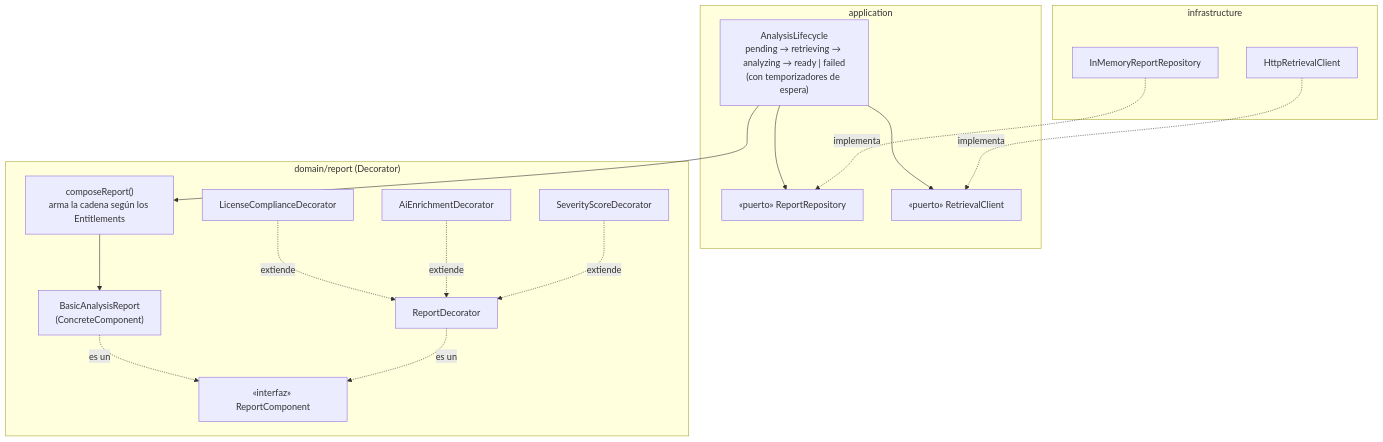
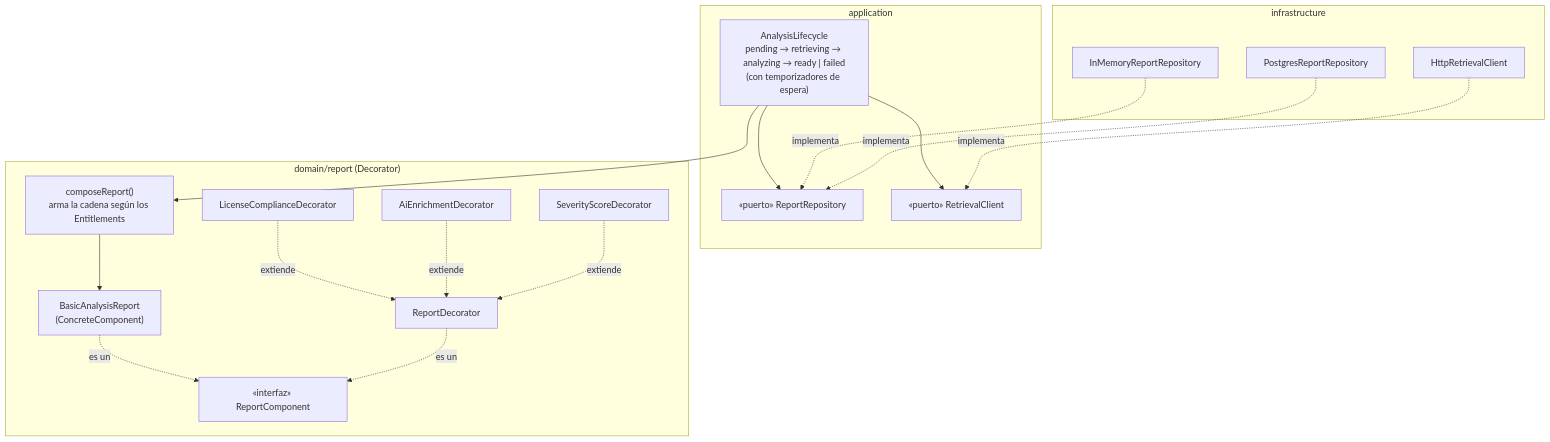
One commit to Bokter/Gyde changed the fourth of 7 diagrams in docs/architecture/05-modelo-c4.md. Above: the diagram before and after it, drawn with Mermaid. The commit also changed other lines of this file and 2 other files, not shown here.

````diff
--- a/docs/architecture/05-modelo-c4.md
+++ b/docs/architecture/05-modelo-c4.md
@@ -132,31 +132,33 @@
 ```mermaid
 flowchart TB
     subgraph app["application"]
         life["AnalysisLifecycle<br/>pending → retrieving → analyzing → ready | failed<br/>(con temporizadores de espera)"]
         rp["«puerto» ReportRepository"]
         rt["«puerto» RetrievalClient"]
     end
     subgraph dom["domain/report (Decorator)"]
         comp["«interfaz» ReportComponent"]
         basic["BasicAnalysisReport<br/>(ConcreteComponent)"]
         dec["ReportDecorator"]
         lic["LicenseComplianceDecorator"]
         ai["AiEnrichmentDecorator"]
         sev["SeverityScoreDecorator"]
         cr["composeReport()<br/>arma la cadena según los Entitlements"]
     end
     subgraph infra["infrastructure"]
         mem["InMemoryReportRepository"]
+        pgr["PostgresReportRepository"]
         hret["HttpRetrievalClient"]
     end
     life --> rp & rt
     life --> cr
     cr --> basic
     basic -. es un .-> comp
     dec -. es un .-> comp
     lic -. extiende .-> dec
     ai -. extiende .-> dec
     sev -. extiende .-> dec
     mem -. implementa .-> rp
+    pgr -. implementa .-> rp
     hret -. implementa .-> rt
 ```
````
